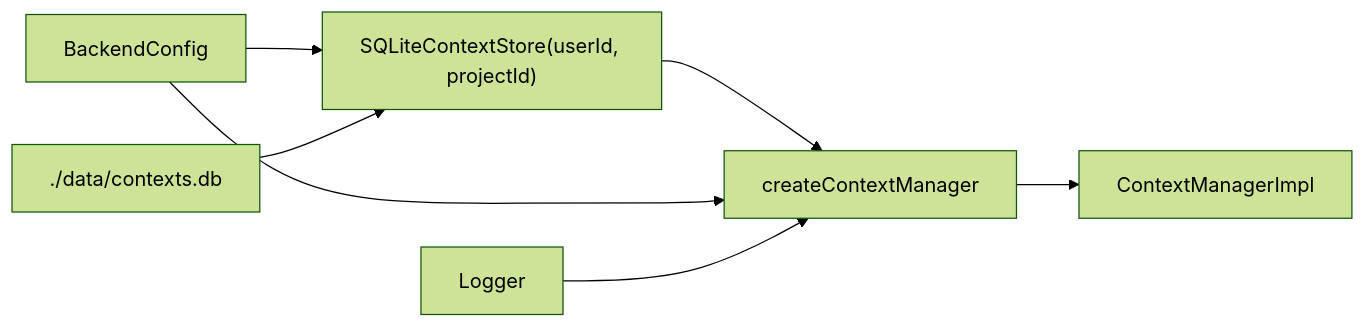
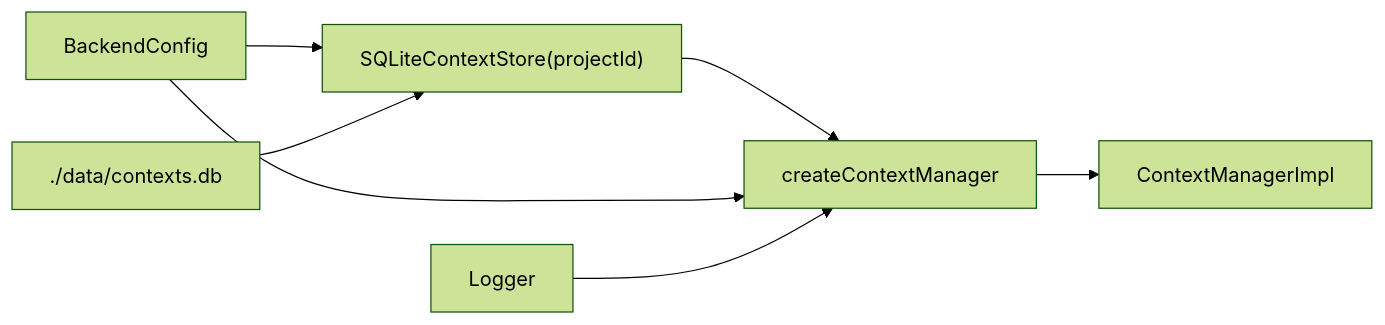
The diagram in apps/backend/src/3-capabilities/context/docs/runtime.md (gccurtis/icarus), drawn with Mermaid (forest theme) before and after one commit. The commit also changed other lines of this file and 12 other files, not shown here.

First line of the commit message:
context: collapse to project-only scope, add union/difference endpoints

````diff
--- a/apps/backend/src/3-capabilities/context/docs/runtime.md
+++ b/apps/backend/src/3-capabilities/context/docs/runtime.md
@@ -7,9 +7,9 @@
 ```mermaid
 flowchart LR
-  CFG["BackendConfig"] --> STORE["SQLiteContextStore(userId, projectId)"]
+  CFG["BackendConfig"] --> STORE["SQLiteContextStore(projectId)"]
   DB["./data/contexts.db"] --> STORE
   STORE --> FACTORY["createContextManager"]
   CFG --> FACTORY
   LOGGER["Logger"] --> FACTORY
   FACTORY --> RUNTIME["ContextManagerImpl"]
 ```
````
